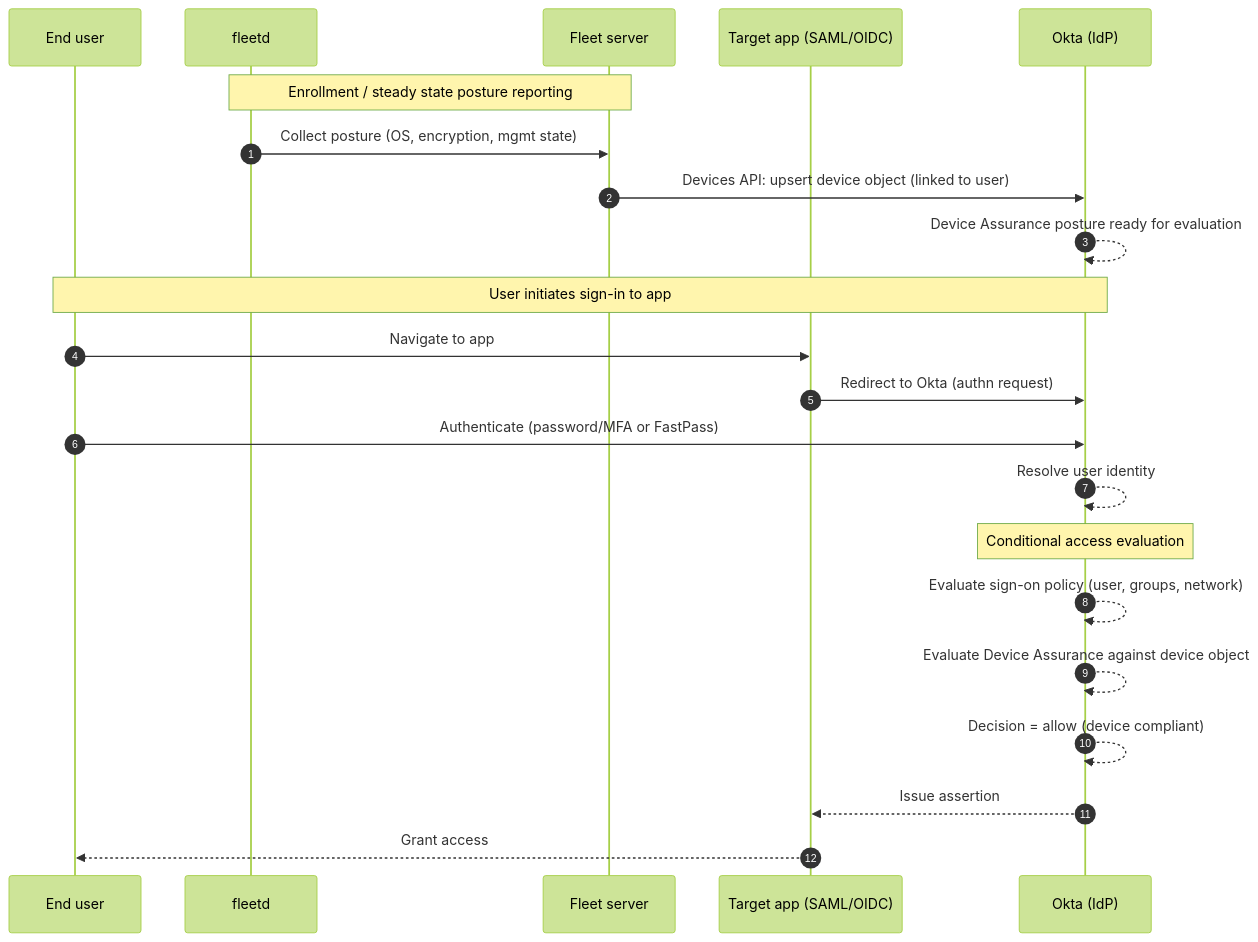
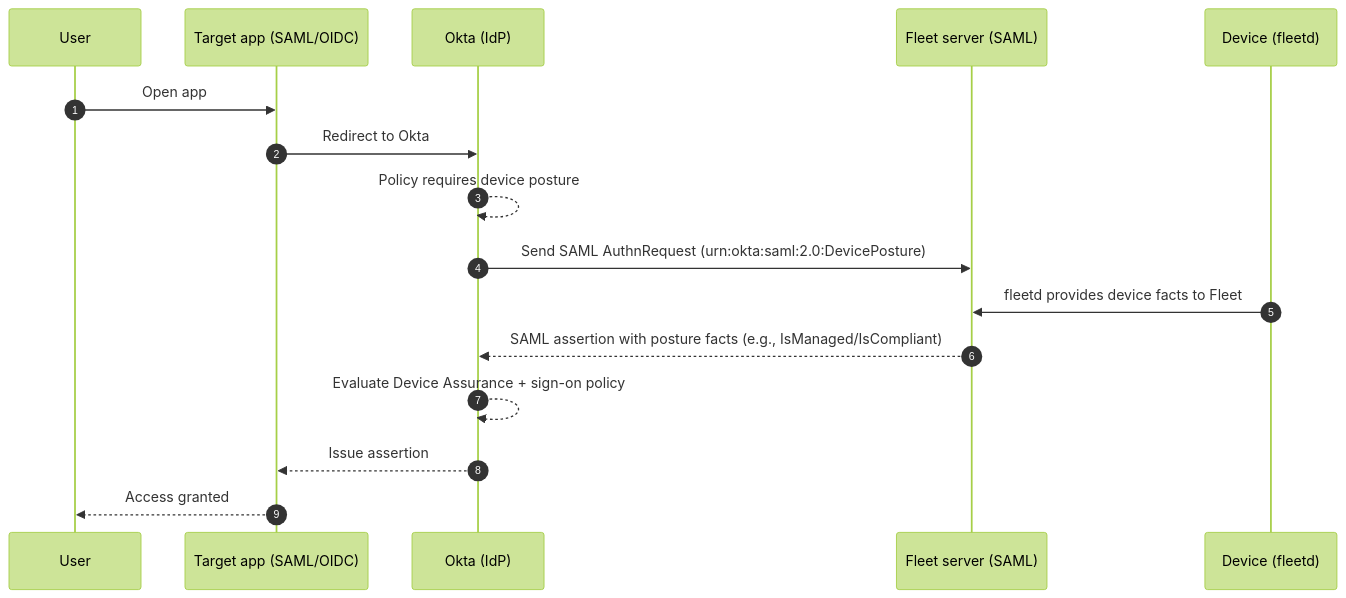
One commit to fleetdm/fleet changed the second of 2 diagrams in docs/Contributing/research/orchestration/okta-conditional-access.md. Above: the diagram before and after it, drawn with Mermaid (forest theme). The commit also changed other lines of this file, not shown here.

````diff
--- a/docs/Contributing/research/orchestration/okta-conditional-access.md
+++ b/docs/Contributing/research/orchestration/okta-conditional-access.md
@@ -82,28 +77,19 @@
 ```mermaid
 sequenceDiagram
-autonumber
-participant U as End user
-participant D as fleetd
-participant F as Fleet server
-participant A as Target app (SAML/OIDC)
-participant O as Okta (IdP)
+  autonumber
+  participant U as User
+  participant A as Target app (SAML/OIDC)
+  participant O as Okta (IdP)
+  participant P as Fleet server (SAML)
+  participant D as Device (fleetd)
 
-    Note over D,F: Enrollment / steady state posture reporting
-    D->>F: Collect posture (OS, encryption, mgmt state)
-    F->>O: Devices API: upsert device object (linked to user)
-    O-->>O: Device Assurance posture ready for evaluation
-
-    Note over U,O: User initiates sign-in to app
-    U->>A: Navigate to app
-    A->>O: Redirect to Okta (authn request)
-    U->>O: Authenticate (password/MFA or FastPass)
-    O-->>O: Resolve user identity
-
-    Note over O: Conditional access evaluation
-    O-->>O: Evaluate sign-on policy (user, groups, network)
-    O-->>O: Evaluate Device Assurance against device object
-    O-->>O: Decision = allow (device compliant)
-
-    O-->>A: Issue assertion
-    A-->>U: Grant access
+  U->>A: Open app
+  A->>O: Redirect to Okta
+  O-->>O: Policy requires device posture
+  O->>P: Send SAML AuthnRequest (urn:okta:saml:2.0:DevicePosture)
+  D->>P: fleetd provides device facts to Fleet
+  P-->>O: SAML assertion with posture facts (e.g., IsManaged/IsCompliant)
+  O-->>O: Evaluate Device Assurance + sign-on policy
+  O-->>A: Issue assertion
+  A-->>U: Access granted
 ```
````
